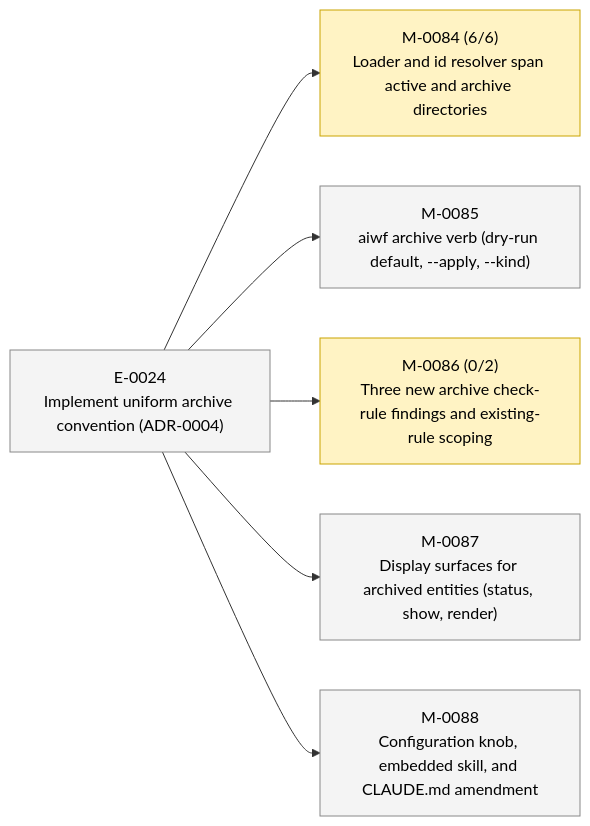
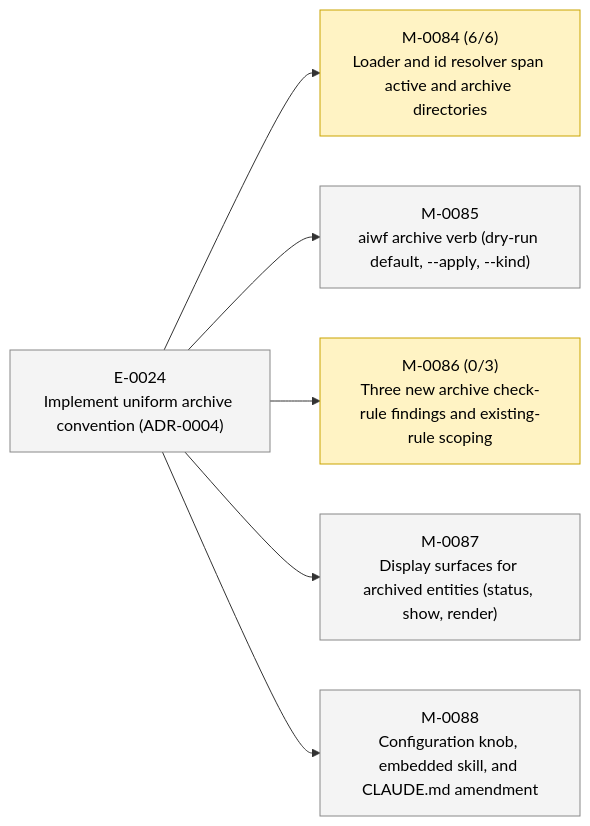
One commit to 23min/aiwf changed the second of 2 diagrams in STATUS.md. Above: the diagram before and after it, drawn with Mermaid. The commit also changed other lines of this file and 1 other file, not shown here.

First line of the commit message:
aiwf add ac M-0086/AC-3 "archive-sweep-pending aggregates the count of pending sweeps"

````diff
--- a/STATUS.md
+++ b/STATUS.md
@@ -49,20 +49,20 @@
 ```mermaid
 flowchart LR
   E_0024["E-0024<br/>Implement uniform archive convention (ADR-0004)"]:::epic_proposed
   M_0084["M-0084 (6/6)<br/>Loader and id resolver span active and archive directories"]:::ms_in_progress
   E_0024 --> M_0084
   M_0085["M-0085<br/>aiwf archive verb (dry-run default, --apply, --kind)"]:::ms_draft
   E_0024 --> M_0085
-  M_0086["M-0086 (0/2)<br/>Three new archive check-rule findings and existing-rule scoping"]:::ms_in_progress
+  M_0086["M-0086 (0/3)<br/>Three new archive check-rule findings and existing-rule scoping"]:::ms_in_progress
   E_0024 --> M_0086
   M_0087["M-0087<br/>Display surfaces for archived entities (status, show, render)"]:::ms_draft
   E_0024 --> M_0087
   M_0088["M-0088<br/>Configuration knob, embedded skill, and CLAUDE.md amendment"]:::ms_draft
   E_0024 --> M_0088
   classDef epic_active fill:#d6eaff,stroke:#1a73e8,color:#000
   classDef epic_proposed fill:#f4f4f4,stroke:#888,color:#000
   classDef ms_done fill:#d8f5d8,stroke:#2a8a2a,color:#000
   classDef ms_in_progress fill:#fff3c4,stroke:#caa400,color:#000
   classDef ms_draft fill:#f4f4f4,stroke:#888,color:#000
   classDef ms_cancelled fill:#fbeaea,stroke:#c33,color:#000
 ```
````
